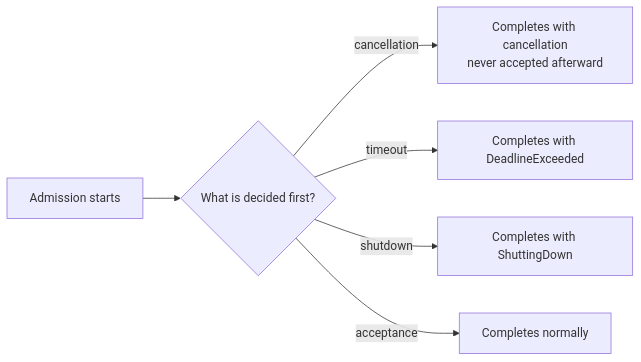
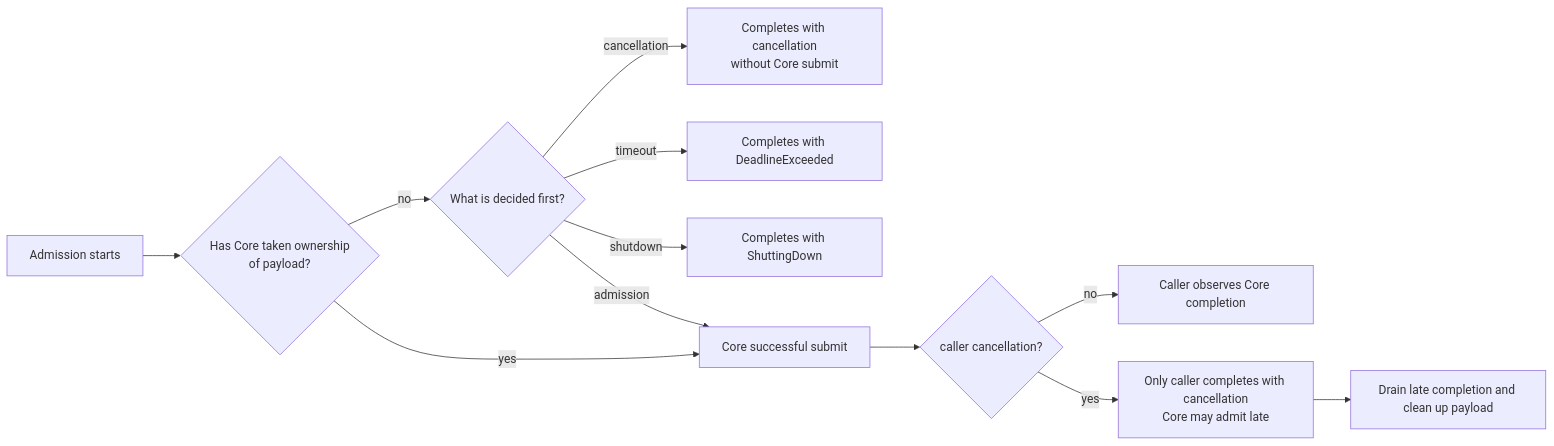
One commit to zlink-systems/zlink changed the first of 3 diagrams in framework/doc/framework/common/spec/server/01-execution/03-cancellation-and-shutdown.en.md. Above: the diagram before and after it, drawn with Mermaid. The commit also changed other lines of this file and 49 other files, not shown here.

````diff
--- a/framework/doc/framework/common/spec/server/01-execution/03-cancellation-and-shutdown.en.md
+++ b/framework/doc/framework/common/spec/server/01-execution/03-cancellation-and-shutdown.en.md
@@ -72,8 +81,14 @@
 ```mermaid
 flowchart LR
-    A["Admission starts"] --> X{"What is decided first?"}
-    X -->|cancellation| R1["Completes with cancellation<br/>never accepted afterward"]
+    A["Admission starts"] --> O{"Has Core taken ownership<br/>of payload?"}
+    O -->|no| X{"What is decided first?"}
+    X -->|cancellation| R1["Completes with cancellation<br/>without Core submit"]
     X -->|timeout| R2["Completes with DeadlineExceeded"]
     X -->|shutdown| R3["Completes with ShuttingDown"]
-    X -->|acceptance| R4["Completes normally"]
+    X -->|admission| R4["Core successful submit"]
+    O -->|yes| R4
+    R4 --> C{"caller cancellation?"}
+    C -->|no| R5["Caller observes Core completion"]
+    C -->|yes| R6["Only caller completes with cancellation<br/>Core may admit late"]
+    R6 --> R7["Drain late completion and clean up payload"]
 ```
````
